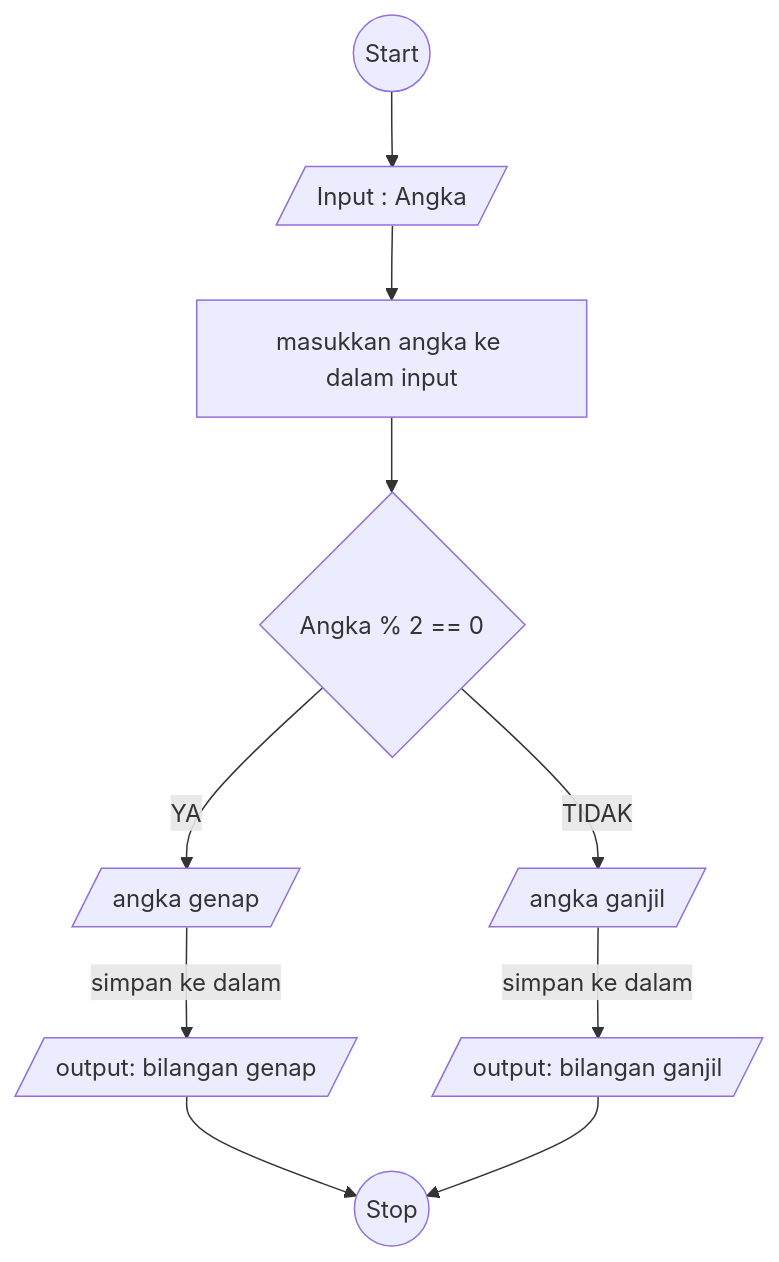
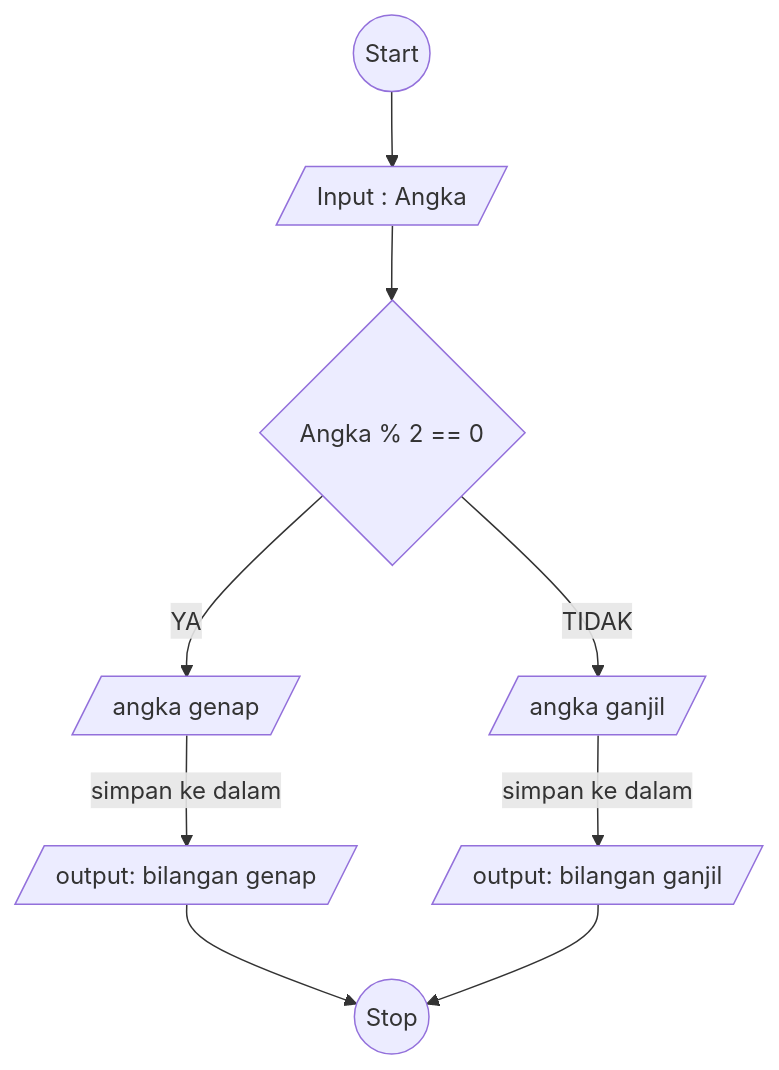
One commit to makarim22/koda-b6-algoritma changed the diagram in flowchart-ganjil-genap.md. Above: the diagram before and after it, drawn with Mermaid.

````diff
--- a/flowchart-ganjil-genap.md
+++ b/flowchart-ganjil-genap.md
@@ -4,27 +4,25 @@
 ```mermaid
 flowchart TD
     A@{ shape: circle, label: "Start" } -->C
 
-    C@{ shape: lean-r, label: "Input : Angka" } --> Z
-
-    Z@{ shape: rect, label: "masukkan angka ke dalam input" } -->E
+    C@{ shape: lean-r, label: "Input : Angka" } --> E
 
     E@{ shape: diamond, label: "Angka % 2 == 0" } 
 
     E -- YA --> G
 
     E -- TIDAK --> F
 
     G@{ shape: lean-r, label: "angka genap" } -->|simpan ke dalam| H
 
     F@{ shape: lean-r, label: "angka ganjil" } -->|simpan ke dalam| I
 
     H@{ shape: lean-r, label: "output: bilangan genap"} --> B
 
     I@{ shape: lean-r, label: "output: bilangan ganjil"} --> B
 
 
 
     B@{ shape: circle, label: "Stop" }
 
 ```
````
